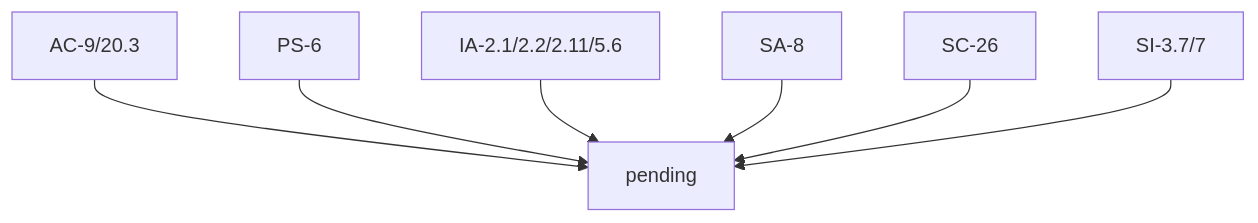
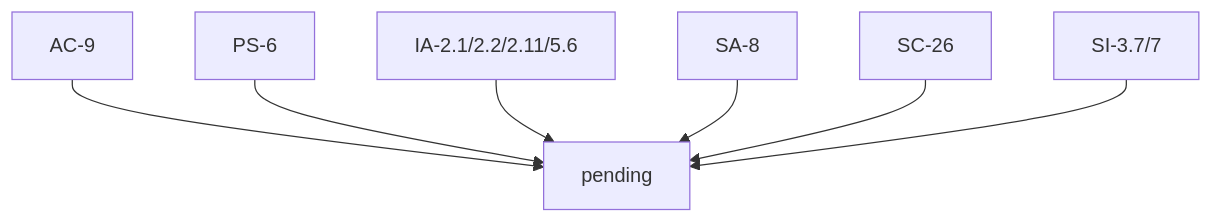
The second of 2 diagrams in docs/google-cloud-security-controls.md (GoogleCloudPlatform/pbmm-on-gcp-onboarding), drawn with Mermaid before and after one commit. The commit also changed other lines of this file, not shown here.

````diff
--- a/docs/google-cloud-security-controls.md
+++ b/docs/google-cloud-security-controls.md
@@ -94,12 +97,12 @@
 ```mermaid
 graph TD;
-    AC-9/20.3-->pending;
+    AC-9-->pending;
     PS-6-->pending;
     IA-2.1/2.2/2.11/5.6-->pending;
     
     SA-8-->pending;
     SC-26-->pending;
   
     SI-3.7/7-->pending;
   
 ```
````
